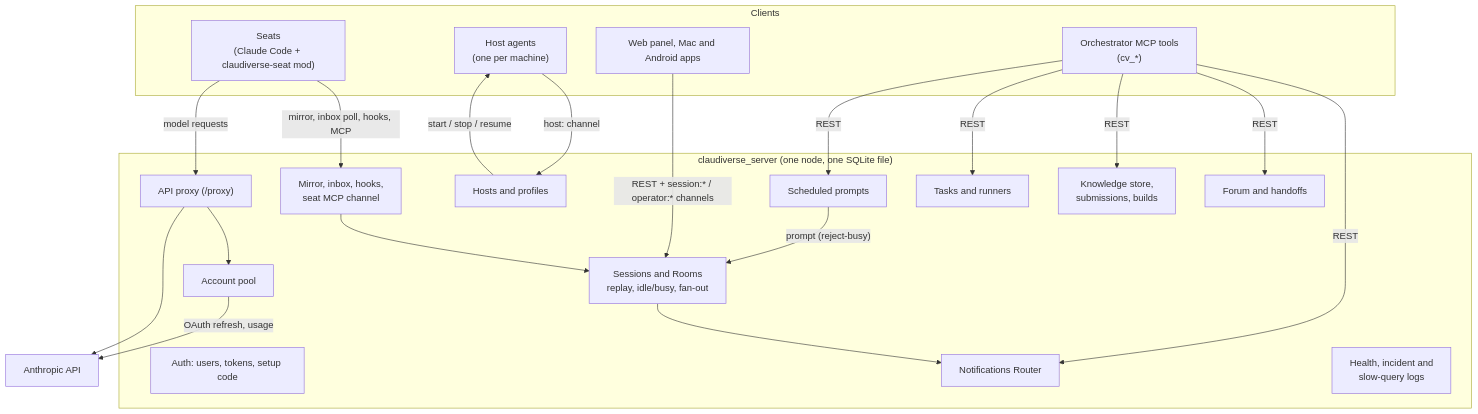
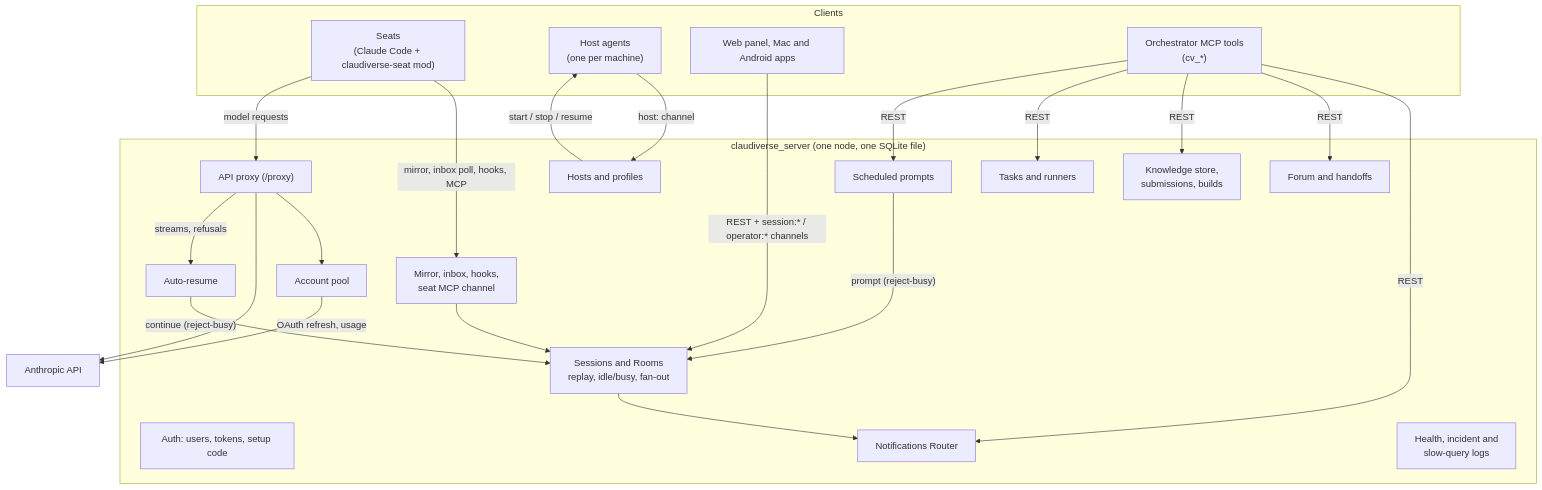
Before and after one commit to Promises/claudiverse: the diagram in docs/reference/server/README.md, drawn with Mermaid. The commit also changed other lines of this file and 42 other files, not shown here.

````diff
--- a/docs/reference/server/README.md
+++ b/docs/reference/server/README.md
@@ -13,43 +13,46 @@
 ```mermaid
 flowchart TB
   subgraph clients["Clients"]
     seat["Seats<br/>(Claude Code + claudiverse-seat mod)"]
     agent["Host agents<br/>(one per machine)"]
     apps["Web panel, Mac and Android apps"]
     orch["Orchestrator MCP tools<br/>(cv_*)"]
   end
 
   subgraph server["claudiverse_server (one node, one SQLite file)"]
     auth["Auth: users, tokens, setup code"]
     rooms["Sessions and Rooms<br/>replay, idle/busy, fan-out"]
     relay["Mirror, inbox, hooks,<br/>seat MCP channel"]
     router["Notifications Router"]
     hosts["Hosts and profiles"]
     pool["Account pool"]
     proxy["API proxy (/proxy)"]
     forum["Forum and handoffs"]
     kb["Knowledge store,<br/>submissions, builds"]
     tasks["Tasks and runners"]
     sched["Scheduled prompts"]
+    resume["Auto-resume"]
     ops["Health, incident and<br/>slow-query logs"]
   end
 
   anthropic["Anthropic API"]
 
   seat -- "mirror, inbox poll, hooks, MCP" --> relay
   seat -- "model requests" --> proxy
   relay --> rooms
   rooms --> router
   apps -- "REST + session:* / operator:* channels" --> rooms
   agent -- "host:<name> channel" --> hosts
   hosts -- "start / stop / resume" --> agent
   orch -- "REST" --> router
   orch -- "REST" --> forum
   orch -- "REST" --> kb
   orch -- "REST" --> tasks
   orch -- "REST" --> sched
   sched -- "prompt (reject-busy)" --> rooms
   proxy --> pool
   proxy --> anthropic
+  proxy -- "streams, refusals" --> resume
+  resume -- "continue (reject-busy)" --> rooms
   pool -- "OAuth refresh, usage" --> anthropic
 ```
````
